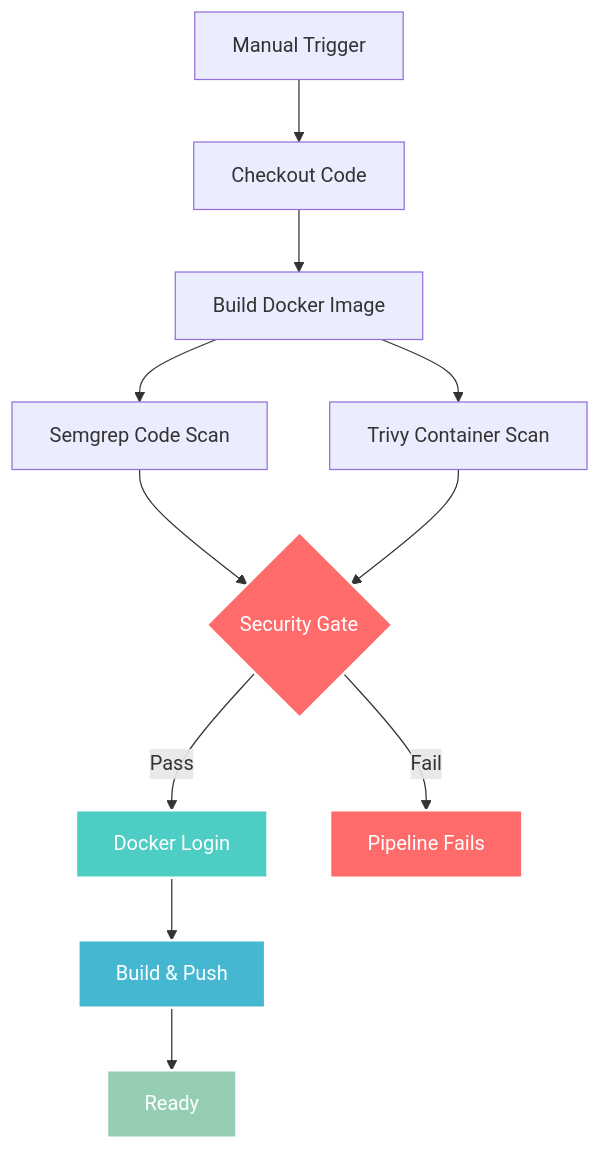
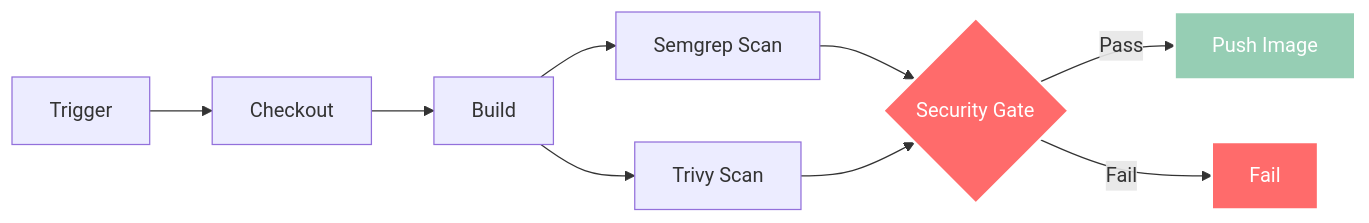
Before and after one commit to hojhon/hojhon-site: the first of 2 diagrams in README.md, drawn with Mermaid. The commit also changed other lines of this file, not shown here.

````diff
--- a/README.md
+++ b/README.md
@@ -22,21 +22,14 @@
 ```mermaid
-graph TB
-    A[Manual Trigger] --> B[Checkout Code] --> C[Build Docker Image]
-    
-    C --> D[Semgrep Code Scan]
-    C --> E[Trivy Container Scan]
-    
+graph LR
+    A[Trigger] --> B[Checkout] --> C[Build]
+    C --> D[Semgrep Scan]
+    C --> E[Trivy Scan]
     D --> F{Security Gate}
     E --> F
-    
-    F -->|Pass| G[Docker Login] --> H[Build & Push]
-    F -->|Fail| I[Pipeline Fails]
-    
-    H --> J[Ready]
+    F -->|Pass| G[Push Image]
+    F -->|Fail| H[Fail]
     
     style F fill:#ff6b6b,stroke:#ffffff,stroke-width:2px,color:#ffffff
-    style G fill:#4ecdc4,stroke:#ffffff,stroke-width:2px,color:#ffffff
-    style H fill:#45b7d1,stroke:#ffffff,stroke-width:2px,color:#ffffff
-    style I fill:#ff6b6b,stroke:#ffffff,stroke-width:2px,color:#ffffff
-    style J fill:#96ceb4,stroke:#ffffff,stroke-width:2px,color:#ffffff
+    style G fill:#96ceb4,stroke:#ffffff,stroke-width:2px,color:#ffffff
+    style H fill:#ff6b6b,stroke:#ffffff,stroke-width:2px,color:#ffffff
 ```
````
